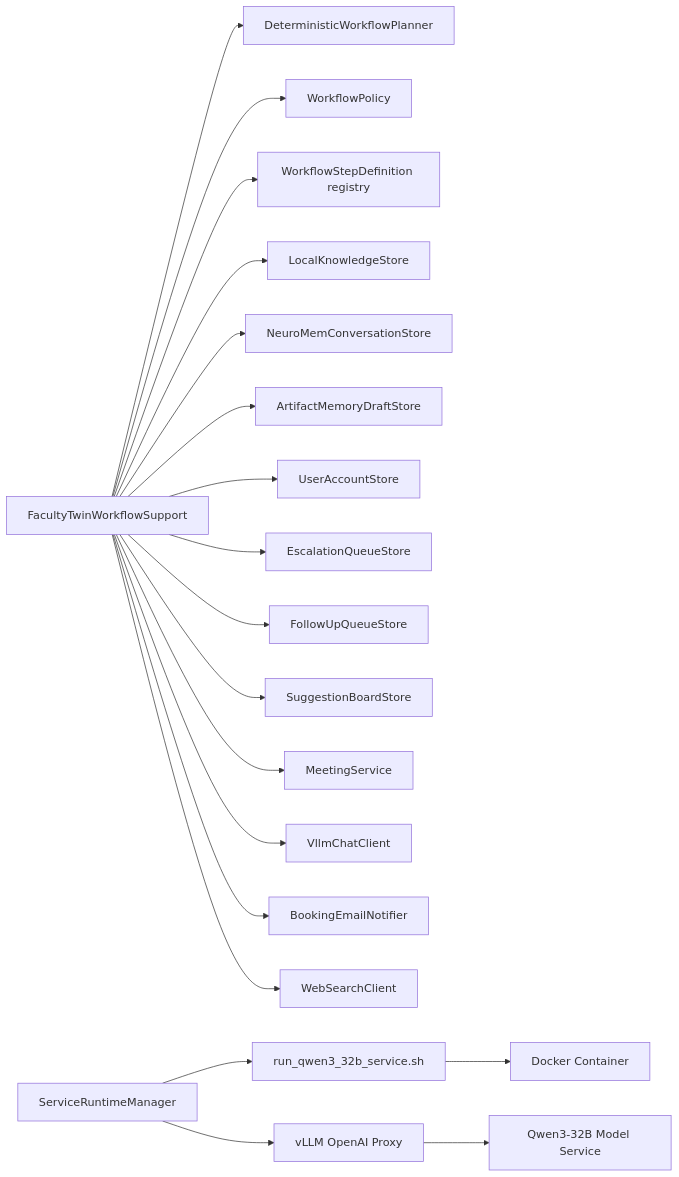
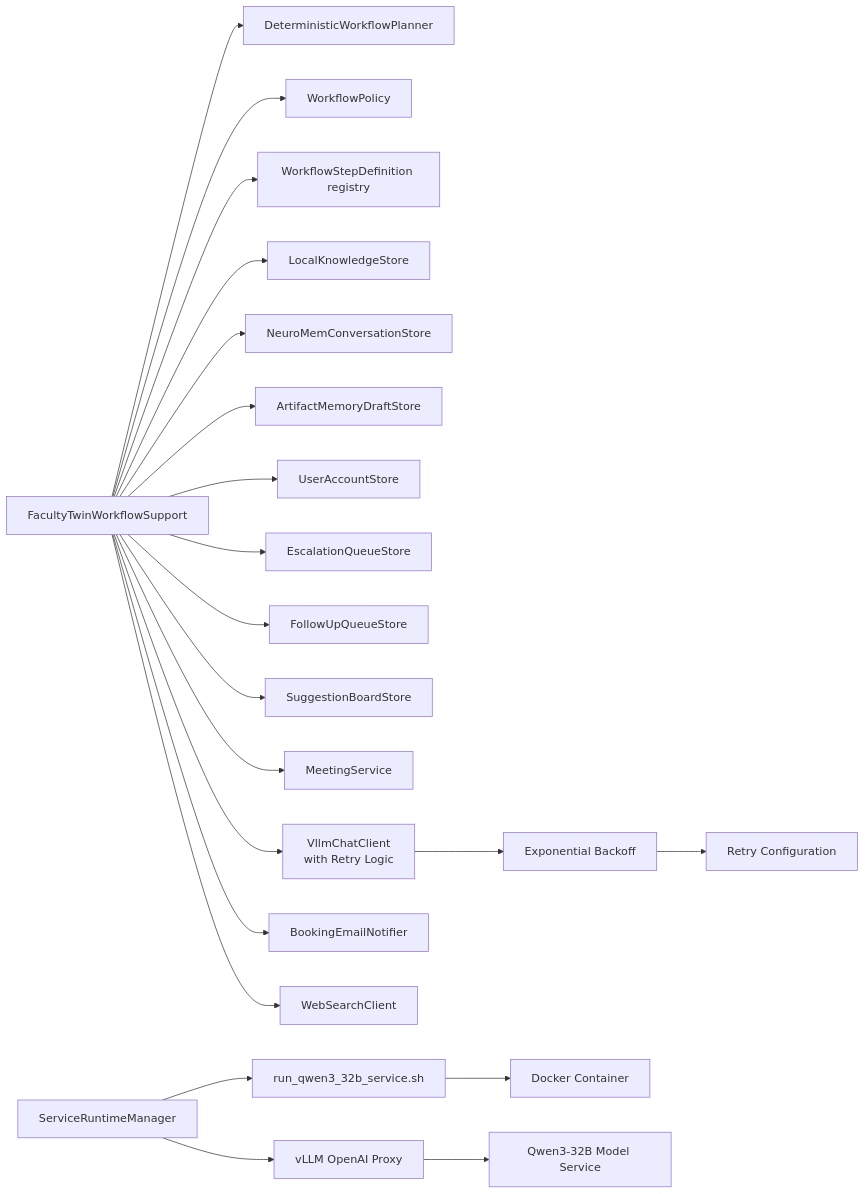
Before and after one commit to intellistream/sage-mate: the seventh of 7 diagrams in .qoder/repowiki/en/content/Core Components/Service Layer/Service Layer.md, drawn with Mermaid. The commit also changed other lines of this file and 136 other files, not shown here.

First line of the commit message:
chore: source updates, bidirectional link graph, data and repowiki refresh

````diff
--- a/.qoder/repowiki/en/content/Core Components/Service Layer/Service Layer.md
+++ b/.qoder/repowiki/en/content/Core Components/Service Layer/Service Layer.md
@@ -441,21 +527,23 @@
 ```mermaid
 graph LR
 Orchestrator["FacultyTwinWorkflowSupport"] --> Planner["DeterministicWorkflowPlanner"]
 Orchestrator --> Policy["WorkflowPolicy"]
 Orchestrator --> Steps["WorkflowStepDefinition registry"]
 Orchestrator --> KBS["LocalKnowledgeStore"]
 Orchestrator --> CMS["NeuroMemConversationStore"]
 Orchestrator --> AMS["ArtifactMemoryDraftStore"]
 Orchestrator --> UAS["UserAccountStore"]
 Orchestrator --> EAS["EscalationQueueStore"]
 Orchestrator --> FUS["FollowUpQueueStore"]
 Orchestrator --> SBS["SuggestionBoardStore"]
 Orchestrator --> MS["MeetingService"]
-Orchestrator --> LLM["VllmChatClient"]
+Orchestrator --> LLM["VllmChatClient<br/>with Retry Logic"]
 Orchestrator --> EML["BookingEmailNotifier"]
 Orchestrator --> WEB["WebSearchClient"]
 SRM["ServiceRuntimeManager"] --> QSS["run_qwen3_32b_service.sh"]
 SRM --> VOP["vLLM OpenAI Proxy"]
 QSS --> Container["Docker Container"]
 VOP --> Upstream["Qwen3-32B Model Service"]
+LLM --> Retry["Exponential Backoff"]
+Retry --> Config["Retry Configuration"]
 ```
````
